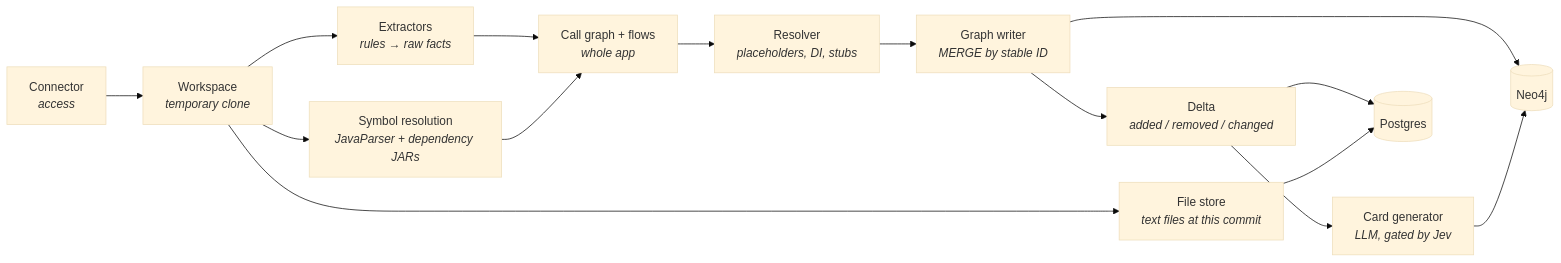
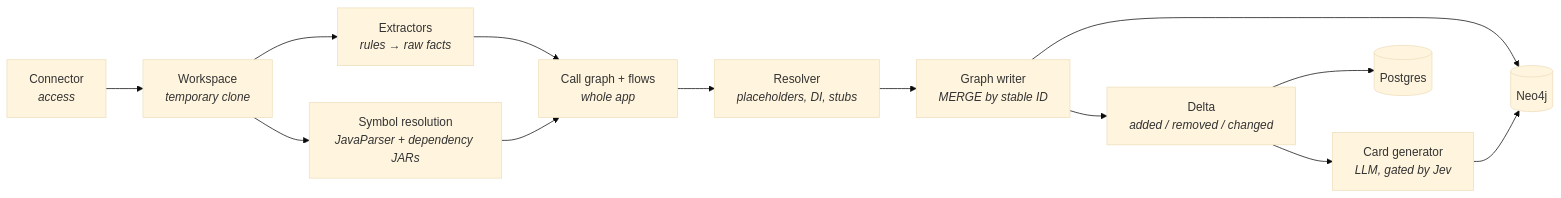
Before and after one commit to KBavis/steno: the first of 4 diagrams in docs/ingestion.md, drawn with Mermaid (base theme). The commit also changed other lines of this file and 5 other files, not shown here.

````diff
--- a/docs/ingestion.md
+++ b/docs/ingestion.md
@@ -25,17 +25,15 @@
 ```mermaid
 flowchart LR
     C[Connector<br/><i>access</i>] --> W[Workspace<br/><i>temporary clone</i>]
     W --> X[Extractors<br/><i>rules → raw facts</i>]
     W --> SR[Symbol resolution<br/><i>JavaParser + dependency JARs</i>]
     X --> CG[Call graph + flows<br/><i>whole app</i>]
     SR --> CG
     CG --> R[Resolver<br/><i>placeholders, DI, stubs</i>]
     R --> GW[Graph writer<br/><i>MERGE by stable ID</i>]
     GW --> D[Delta<br/><i>added / removed / changed</i>]
     D --> CARD[Card generator<br/><i>LLM, gated by Jev</i>]
     GW --> NEO[(Neo4j)]
     CARD --> NEO
     D --> PG[(Postgres)]
-    W --> FS[File store<br/><i>text files at this commit</i>]
-    FS --> PG
 ```
````
